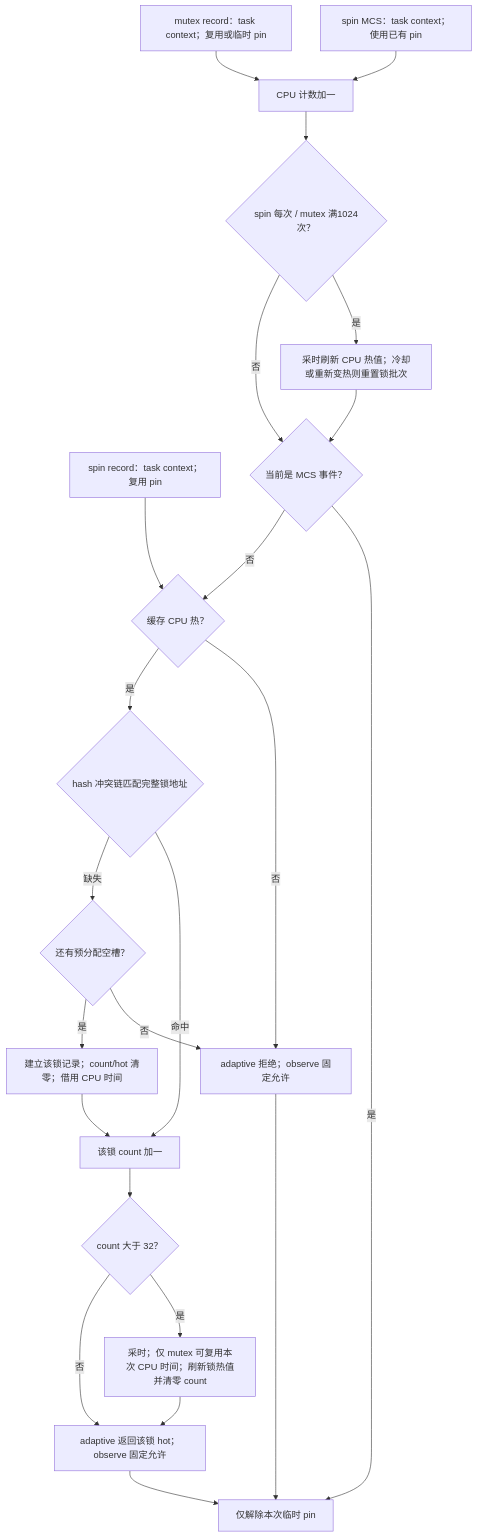
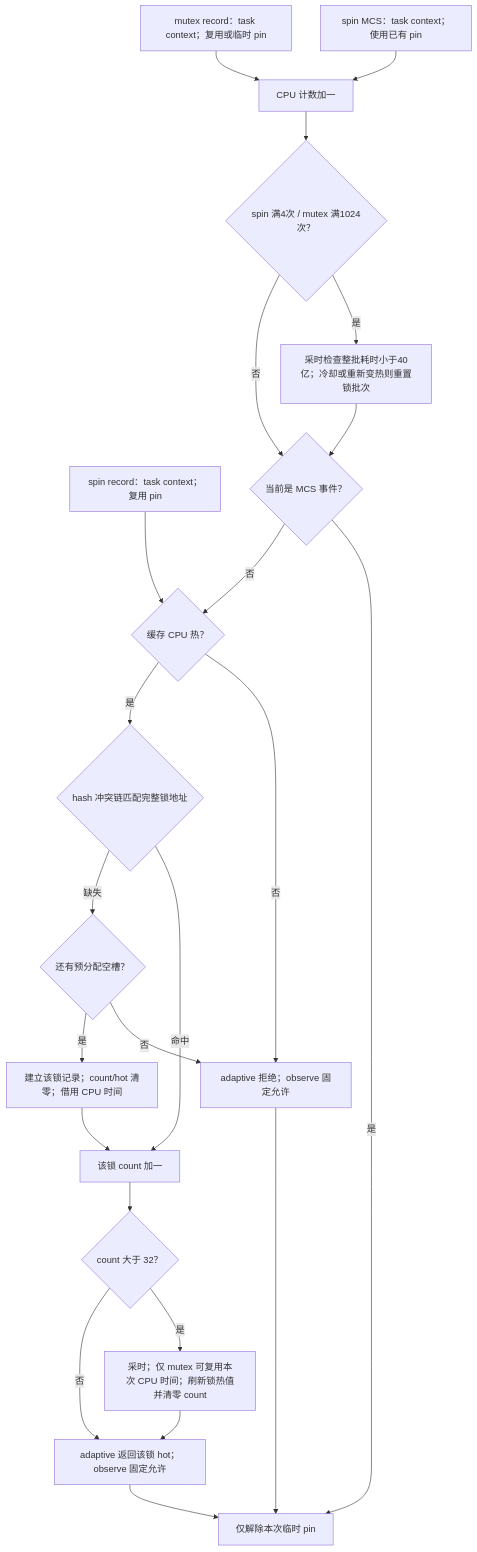
The first of 3 diagrams in bench/spin_cacheline/EXECUTION_PATHS.md (hailongeric/kdlock), drawn with Mermaid before and after one commit. The commit also changed other lines of this file and 14 other files, not shown here.

````diff
--- a/bench/spin_cacheline/EXECUTION_PATHS.md
+++ b/bench/spin_cacheline/EXECUTION_PATHS.md
@@ -320,25 +321,25 @@
 ```mermaid
 flowchart TD
   A[spin record：task context；复用 pin] --> G{缓存 CPU 热？}
   S[spin MCS：task context；使用已有 pin] --> B[CPU 计数加一]
   T[mutex record：task context；复用或临时 pin] --> B
-  B --> C{spin 每次 / mutex 满1024次？}
-  C -- 是 --> D[采时刷新 CPU 热值；冷却或重新变热则重置锁批次]
+  B --> C{spin 满4次 / mutex 满1024次？}
+  C -- 是 --> D[采时检查整批耗时小于40亿；冷却或重新变热则重置锁批次]
   D --> E{当前是 MCS 事件？}
   C -- 否 --> E
   E -- 是 --> Z[仅解除本次临时 pin]
   E -- 否 --> G
   G -- 否 --> R[adaptive 拒绝；observe 固定允许]
   G -- 是 --> H{hash 冲突链匹配完整锁地址}
   H -- 命中 --> I[该锁 count 加一]
   H -- 缺失 --> J{还有预分配空槽？}
   J -- 否 --> R
   J -- 是 --> K[建立该锁记录；count/hot 清零；借用 CPU 时间]
   K --> I
   I --> L{count 大于 32？}
   L -- 是 --> M[采时；仅 mutex 可复用本次 CPU 时间；刷新锁热值并清零 count]
   L -- 否 --> N[adaptive 返回该锁 hot；observe 固定允许]
   M --> N
   R --> Z
   N --> Z
 ```
````
